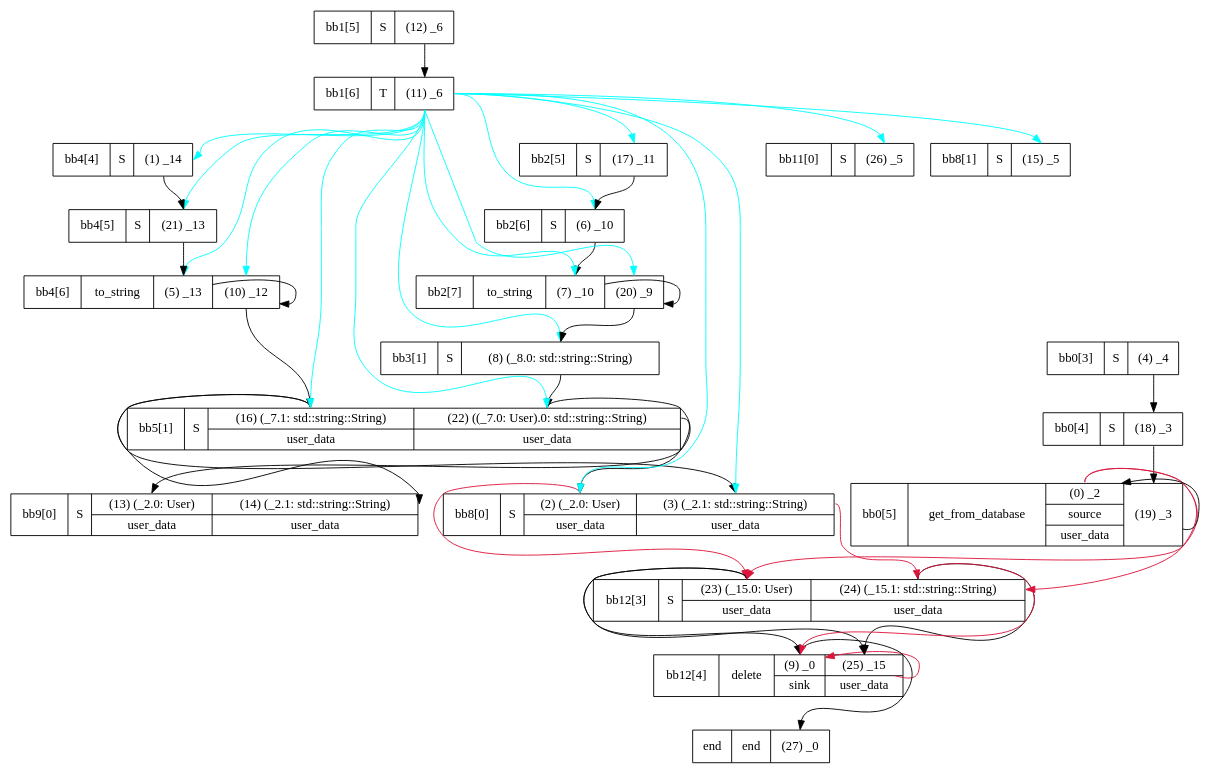
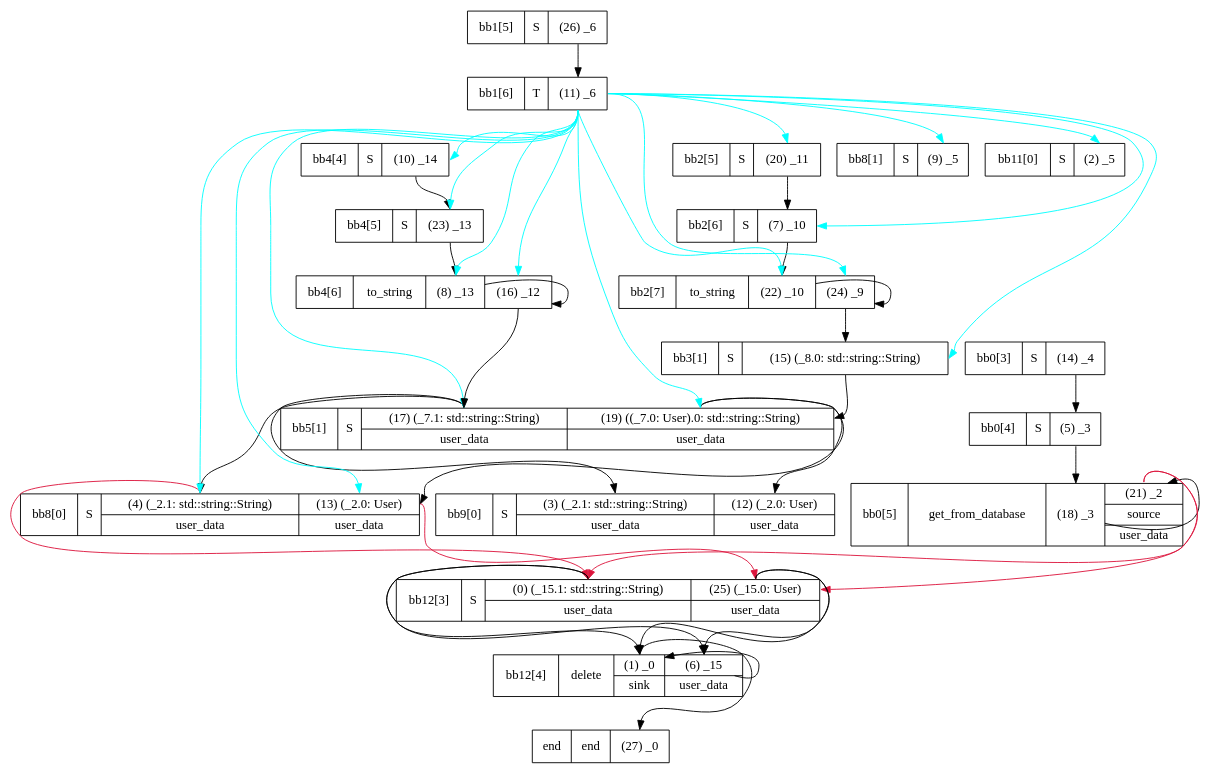
Before and after one commit to MithiJ/paralegal: the diagram in guide/file-db-example/call-only-flow.gv, drawn with Graphviz. The commit also changed 7 other files, not shown here.

```diff
--- a/guide/file-db-example/call-only-flow.gv
+++ b/guide/file-db-example/call-only-flow.gv
@@ -1,64 +1,64 @@
 digraph g {
-    n5007137568[label="bb2[6]|S|<p6> (6) _10"][shape="record"];
-    n5006152464[label="bb12[4]|delete|{<p9> (9) _0| sink}|{<p25> (25) _15| user_data}"][shape="record"];
-    n5006248960[label="bb9[0]|S|{<p13> (13) (_2.0: User)| user_data}|{<p14> (14) (_2.1: std::string::String)| user_data}"][shape="record"];
-    n5007151856[label="bb4[6]|to_string|<p5> (5) _13|<p10> (10) _12"][shape="record"];
-    n5007104368[label="bb11[0]|S|<p26> (26) _5"][shape="record"];
-    n5006400128[label="bb8[1]|S|<p15> (15) _5"][shape="record"];
-    n5007090944[label="bb5[1]|S|{<p16> (16) (_7.1: std::string::String)| user_data}|{<p22> (22) ((_7.0: User).0: std::string::String)| user_data}"][shape="record"];
-    n5006293584[label="bb8[0]|S|{<p2> (2) (_2.0: User)| user_data}|{<p3> (3) (_2.1: std::string::String)| user_data}"][shape="record"];
-    n5007124416[label="bb3[1]|S|<p8> (8) (_8.0: std::string::String)"][shape="record"];
-    n5006244640[label="bb1[6]|T|<p11> (11) _6"][shape="record"];
-    n5007164432[label="bb2[5]|S|<p17> (17) _11"][shape="record"];
-    n5006405152[label="bb12[3]|S|{<p23> (23) (_15.0: User)| user_data}|{<p24> (24) (_15.1: std::string::String)| user_data}"][shape="record"];
-    n5006104336[label="end|end|<p27> (27) _0"][shape="record"];
-    n5007098880[label="bb2[7]|to_string|<p7> (7) _10|<p20> (20) _9"][shape="record"];
-    n5007098768[label="bb0[3]|S|<p4> (4) _4"][shape="record"];
-    n5007159600[label="bb4[4]|S|<p1> (1) _14"][shape="record"];
-    n5007124800[label="bb1[5]|S|<p12> (12) _6"][shape="record"];
-    n5007139408[label="bb0[4]|S|<p18> (18) _3"][shape="record"];
-    n5007131776[label="bb4[5]|S|<p21> (21) _13"][shape="record"];
-    n5007132176[label="bb0[5]|get_from_database|{<p0> (0) _2| source| user_data}|<p19> (19) _3"][shape="record"];
-    n5007124800:p12 -> n5006244640:p11[label=""];
-    n5007132176:p19 -> n5007132176:p0[label=""];
-    n5007164432:p17 -> n5007137568:p6[label=""];
-    n5007137568:p6 -> n5007098880:p7[label=""];
-    n5007131776:p21 -> n5007151856:p5[label=""];
-    n5007090944:p16 -> n5006248960:p14[label=""];
-    n5006244640:p11 -> n5006400128:p15[label=""][color="aqua"];
-    n5006244640:p11 -> n5007098880:p20[label=""][color="aqua"];
-    n5007098768:p4 -> n5007139408:p18[label=""];
-    n5007151856:p10 -> n5007090944:p16[label=""];
-    n5006244640:p11 -> n5006293584:p2[label=""][color="aqua"];
-    n5007090944:p16 -> n5006293584:p3[label=""];
-    n5006405152:p23 -> n5006152464:p9[label=""];
-    n5006405152:p23 -> n5006152464:p25[label=""];
-    n5007132176:p0 -> n5006405152:p24[label=""][color="crimson"];
-    n5006244640:p11 -> n5007124416:p8[label=""][color="aqua"];
-    n5006293584:p3 -> n5006405152:p24[label=""][color="crimson"];
-    n5006244640:p11 -> n5007137568:p6[label=""][color="aqua"];
-    n5006244640:p11 -> n5007098880:p7[label=""][color="aqua"];
-    n5006244640:p11 -> n5007104368:p26[label=""][color="aqua"];
-    n5007151856:p5 -> n5007151856:p10[label=""];
-    n5007139408:p18 -> n5007132176:p19[label=""];
-    n5006244640:p11 -> n5007159600:p1[label=""][color="aqua"];
-    n5006244640:p11 -> n5007131776:p21[label=""][color="aqua"];
-    n5007124416:p8 -> n5007090944:p22[label=""];
-    n5006244640:p11 -> n5007090944:p16[label=""][color="aqua"];
-    n5007132176:p0 -> n5006405152:p23[label=""][color="crimson"];
-    n5006405152:p24 -> n5006152464:p25[label=""];
-    n5006405152:p24 -> n5006152464:p9[label=""][color="crimson"];
-    n5007098880:p20 -> n5007124416:p8[label=""];
-    n5007090944:p22 -> n5006248960:p13[label=""];
-    n5006152464:p25 -> n5006152464:p9[label=""][color="crimson"];
-    n5006293584:p2 -> n5006405152:p23[label=""][color="crimson"];
-    n5006244640:p11 -> n5007151856:p5[label=""][color="aqua"];
-    n5007098880:p7 -> n5007098880:p20[label=""];
-    n5006244640:p11 -> n5007090944:p22[label=""][color="aqua"];
-    n5006244640:p11 -> n5007151856:p10[label=""][color="aqua"];
-    n5007090944:p22 -> n5006293584:p2[label=""];
-    n5007159600:p1 -> n5007131776:p21[label=""];
-    n5006244640:p11 -> n5006293584:p3[label=""][color="aqua"];
-    n5006244640:p11 -> n5007164432:p17[label=""][color="aqua"];
-    n5006152464:p9 -> n5006104336:p27[label=""];
+    n4780899728[label="bb5[1]|S|{<p17> (17) (_7.1: std::string::String)| user_data}|{<p19> (19) ((_7.0: User).0: std::string::String)| user_data}"][shape="record"];
+    n4780888432[label="bb2[6]|S|<p7> (7) _10"][shape="record"];
+    n4780917456[label="bb9[0]|S|{<p3> (3) (_2.1: std::string::String)| user_data}|{<p12> (12) (_2.0: User)| user_data}"][shape="record"];
+    n4780900176[label="bb8[0]|S|{<p4> (4) (_2.1: std::string::String)| user_data}|{<p13> (13) (_2.0: User)| user_data}"][shape="record"];
+    n4780602672[label="bb2[5]|S|<p20> (20) _11"][shape="record"];
+    n4780891760[label="bb3[1]|S|<p15> (15) (_8.0: std::string::String)"][shape="record"];
+    n4780888128[label="bb0[4]|S|<p5> (5) _3"][shape="record"];
+    n4780661456[label="bb0[5]|get_from_database|<p18> (18) _3|{<p21> (21) _2| source| user_data}"][shape="record"];
+    n4780891600[label="bb4[5]|S|<p23> (23) _13"][shape="record"];
+    n5047874752[label="end|end|<p27> (27) _0"][shape="record"];
+    n4780891888[label="bb4[4]|S|<p10> (10) _14"][shape="record"];
+    n4780868352[label="bb2[7]|to_string|<p22> (22) _10|<p24> (24) _9"][shape="record"];
+    n4780881968[label="bb1[5]|S|<p26> (26) _6"][shape="record"];
+    n4780913760[label="bb8[1]|S|<p9> (9) _5"][shape="record"];
+    n4780893488[label="bb12[3]|S|{<p0> (0) (_15.1: std::string::String)| user_data}|{<p25> (25) (_15.0: User)| user_data}"][shape="record"];
+    n4780886352[label="bb11[0]|S|<p2> (2) _5"][shape="record"];
+    n4780930048[label="bb1[6]|T|<p11> (11) _6"][shape="record"];
+    n4780918928[label="bb12[4]|delete|{<p1> (1) _0| sink}|{<p6> (6) _15| user_data}"][shape="record"];
+    n4780888512[label="bb0[3]|S|<p14> (14) _4"][shape="record"];
+    n4780892960[label="bb4[6]|to_string|<p8> (8) _13|<p16> (16) _12"][shape="record"];
+    n4780893488:p25 -> n4780918928:p6[label=""];
+    n4780661456:p21 -> n4780893488:p0[label=""][color="crimson"];
+    n4780930048:p11 -> n4780891888:p10[label=""][color="aqua"];
+    n4780930048:p11 -> n4780891600:p23[label=""][color="aqua"];
+    n4780930048:p11 -> n4780899728:p17[label=""][color="aqua"];
+    n4780900176:p13 -> n4780893488:p25[label=""][color="crimson"];
+    n4780918928:p6 -> n4780918928:p1[label=""];
+    n4780918928:p1 -> n5047874752:p27[label=""];
+    n4780661456:p21 -> n4780893488:p25[label=""][color="crimson"];
+    n4780900176:p4 -> n4780893488:p0[label=""][color="crimson"];
+    n4780602672:p20 -> n4780888432:p7[label=""];
+    n4780891888:p10 -> n4780891600:p23[label=""];
+    n4780930048:p11 -> n4780868352:p24[label=""][color="aqua"];
+    n4780930048:p11 -> n4780900176:p13[label=""][color="aqua"];
+    n4780930048:p11 -> n4780892960:p8[label=""][color="aqua"];
+    n4780899728:p17 -> n4780900176:p4[label=""];
+    n4780661456:p18 -> n4780661456:p21[label=""];
+    n4780868352:p24 -> n4780891760:p15[label=""];
+    n4780891760:p15 -> n4780899728:p19[label=""];
+    n4780899728:p19 -> n4780917456:p12[label=""];
+    n4780930048:p11 -> n4780602672:p20[label=""][color="aqua"];
+    n4780930048:p11 -> n4780892960:p16[label=""][color="aqua"];
+    n4780930048:p11 -> n4780900176:p4[label=""][color="aqua"];
+    n4780930048:p11 -> n4780868352:p22[label=""][color="aqua"];
+    n4780888128:p5 -> n4780661456:p18[label=""];
+    n4780888432:p7 -> n4780868352:p22[label=""];
+    n4780891600:p23 -> n4780892960:p8[label=""];
+    n4780892960:p8 -> n4780892960:p16[label=""];
+    n4780930048:p11 -> n4780899728:p19[label=""][color="aqua"];
+    n4780893488:p0 -> n4780918928:p1[label=""];
+    n4780930048:p11 -> n4780891760:p15[label=""][color="aqua"];
+    n4780888512:p14 -> n4780888128:p5[label=""];
+    n4780893488:p25 -> n4780918928:p1[label=""];
+    n4780930048:p11 -> n4780886352:p2[label=""][color="aqua"];
+    n4780899728:p19 -> n4780900176:p13[label=""];
+    n4780893488:p0 -> n4780918928:p6[label=""];
+    n4780868352:p22 -> n4780868352:p24[label=""];
+    n4780930048:p11 -> n4780913760:p9[label=""][color="aqua"];
+    n4780881968:p26 -> n4780930048:p11[label=""];
+    n4780892960:p16 -> n4780899728:p17[label=""];
+    n4780899728:p17 -> n4780917456:p3[label=""];
+    n4780930048:p11 -> n4780888432:p7[label=""][color="aqua"];
 }
```
